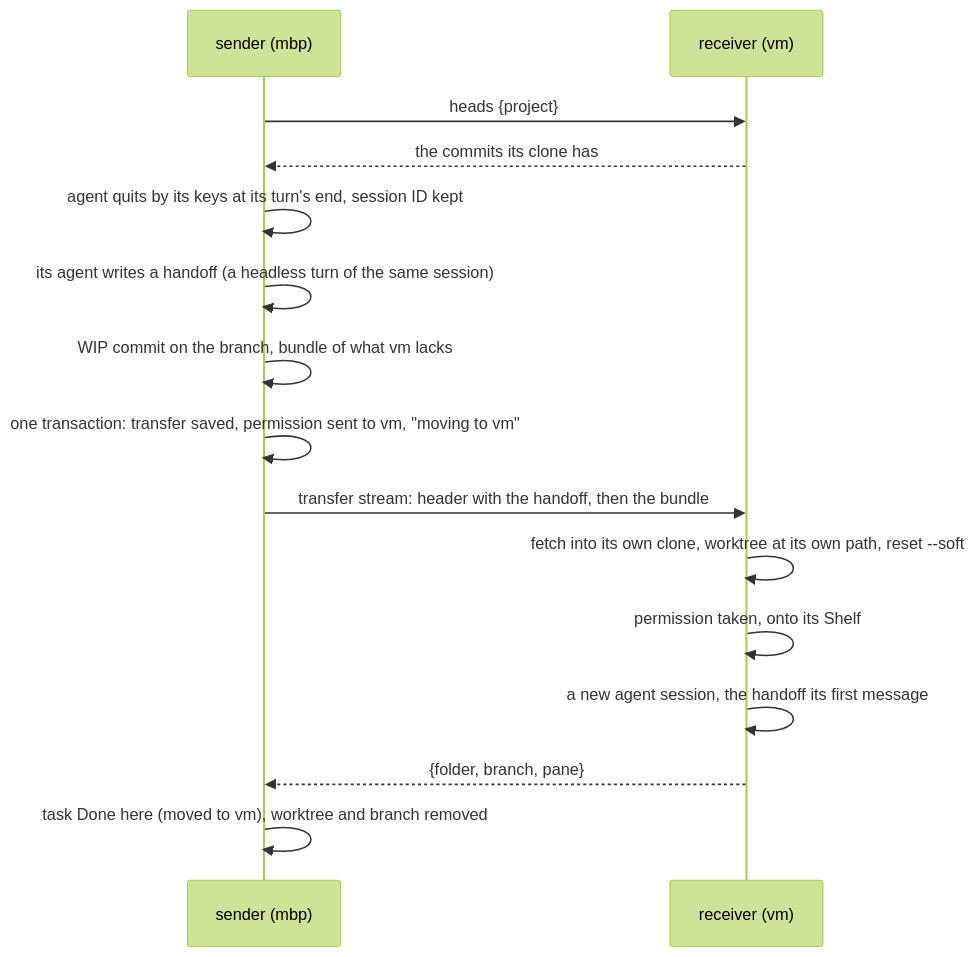
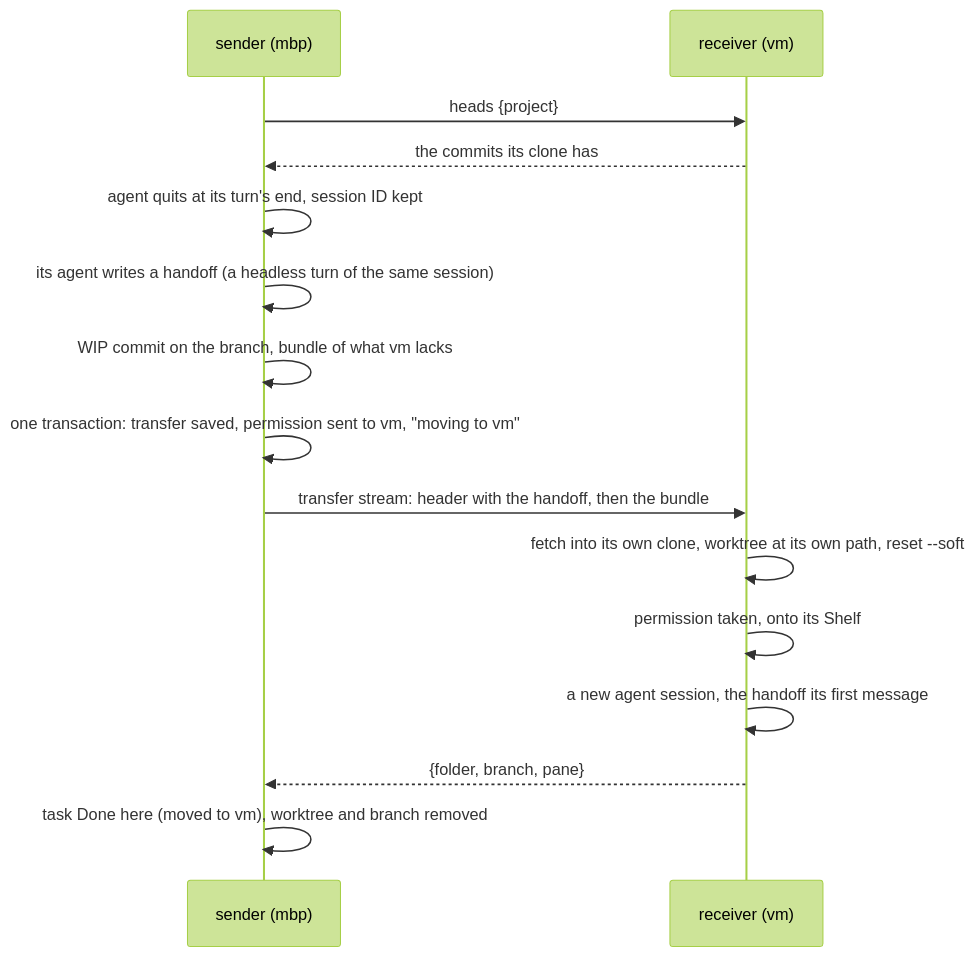
The first of 2 diagrams in docs/specs/task-transfer.md (tampopogk/kanna), drawn with Mermaid (forest theme) before and after one commit. The commit also changed other lines of this file and 15 other files, not shown here.

````diff
--- a/docs/specs/task-transfer.md
+++ b/docs/specs/task-transfer.md
@@ -23,17 +23,17 @@
 ```mermaid
 sequenceDiagram
     participant S as sender (mbp)
     participant R as receiver (vm)
     S->>R: heads {project}
     R-->>S: the commits its clone has
-    S->>S: agent quits by its keys at its turn's end, session ID kept
+    S->>S: agent quits at its turn's end, session ID kept
     S->>S: its agent writes a handoff (a headless turn of the same session)
     S->>S: WIP commit on the branch, bundle of what vm lacks
     S->>S: one transaction: transfer saved, permission sent to vm, "moving to vm"
     S->>R: transfer stream: header with the handoff, then the bundle
     R->>R: fetch into its own clone, worktree at its own path, reset --soft
     R->>R: permission taken, onto its Shelf
     R->>R: a new agent session, the handoff its first message
     R-->>S: {folder, branch, pane}
     S->>S: task Done here (moved to vm), worktree and branch removed
 ```
````
